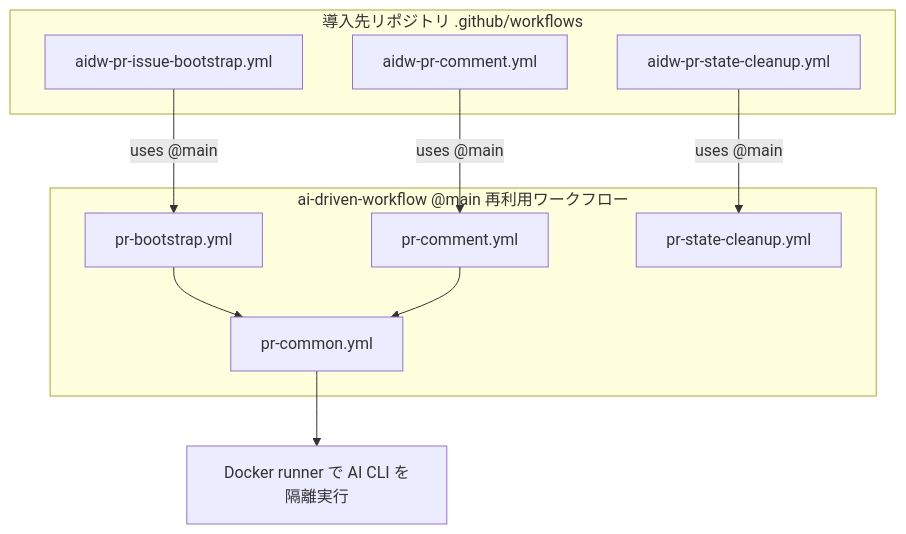
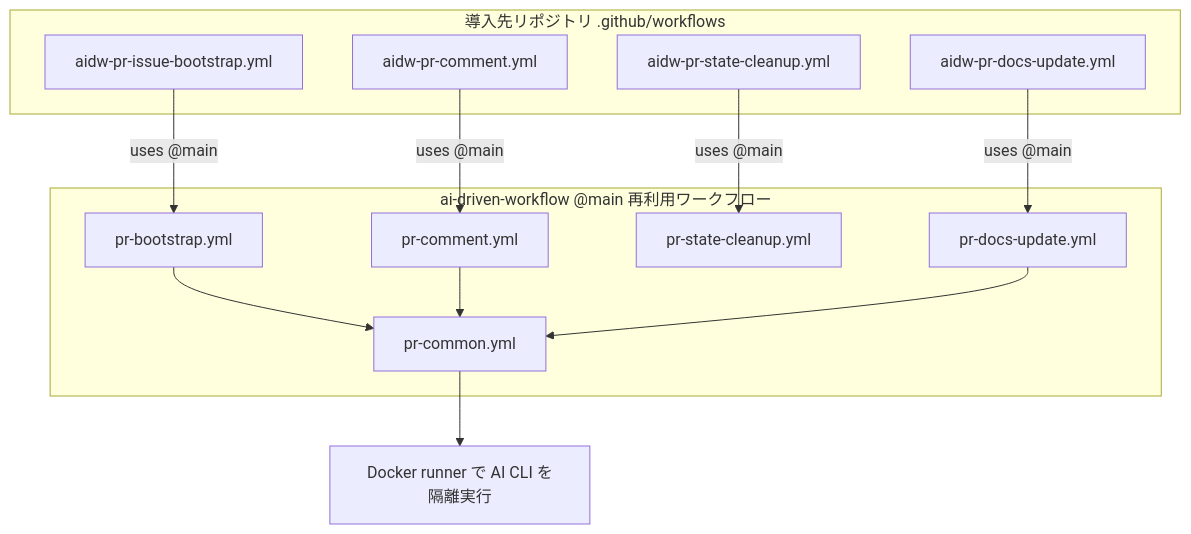
One commit to tetetratra/ai-driven-workflow changed the diagram in README.md. Above: the diagram before and after it, drawn with Mermaid. The commit also changed other lines of this file and 5 other files, not shown here.

````diff
--- a/README.md
+++ b/README.md
@@ -18,18 +19,21 @@
 ```mermaid
 flowchart TD
   subgraph consumer [導入先リポジトリ .github/workflows]
     T1[aidw-pr-issue-bootstrap.yml]
     T2[aidw-pr-comment.yml]
     T3[aidw-pr-state-cleanup.yml]
+    T4[aidw-pr-docs-update.yml]
   end
   subgraph tool [ai-driven-workflow @main 再利用ワークフロー]
     R1[pr-bootstrap.yml]
     R2[pr-comment.yml]
     R3[pr-common.yml]
     R4[pr-state-cleanup.yml]
+    R5[pr-docs-update.yml]
   end
   T1 -- "uses @main" --> R1 --> R3
   T2 -- "uses @main" --> R2 --> R3
   T3 -- "uses @main" --> R4
+  T4 -- "uses @main" --> R5 --> R3
   R3 --> D[Docker runner で AI CLI を隔離実行]
 ```
````
